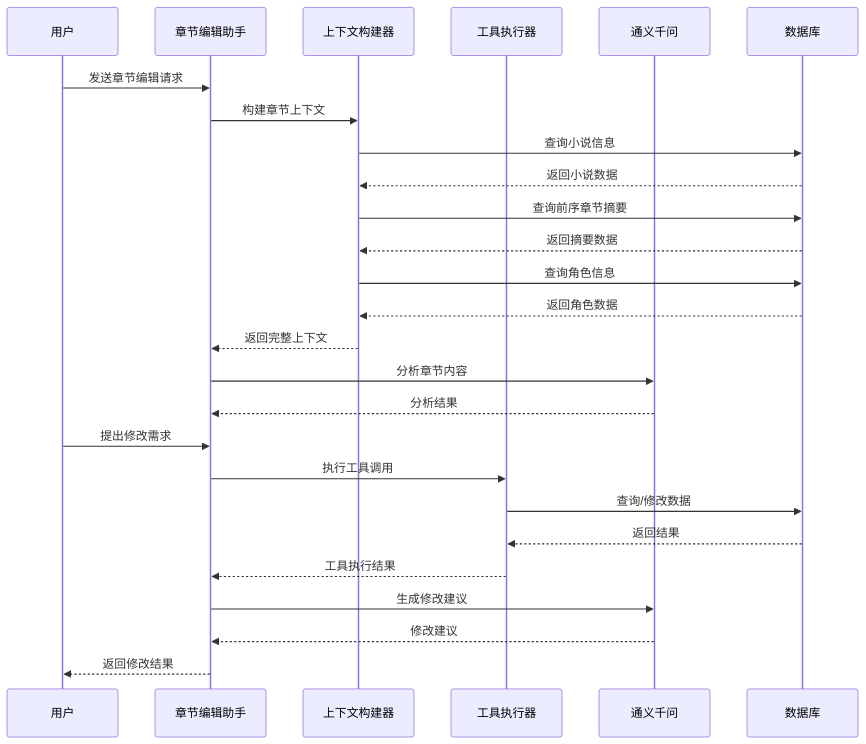
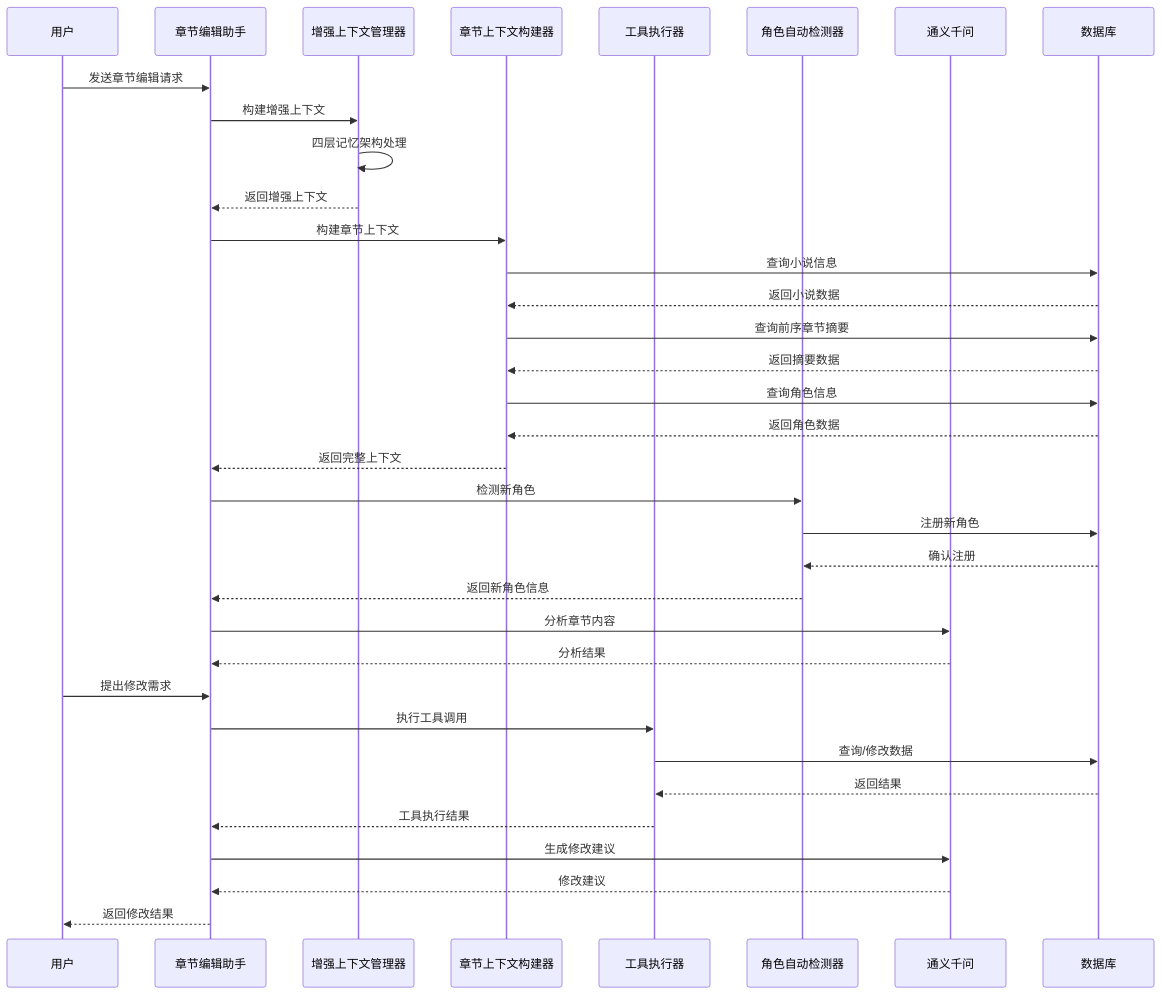
Diagram 33 of 49 in .qoder/repowiki/zh/content/Ai Chat Service.md (xfbyxq/ai-novel-system), drawn with Mermaid before and after one commit. The commit also changed other lines of this file and 8 other files, not shown here.

````diff
--- a/.qoder/repowiki/zh/content/Ai Chat Service.md
+++ b/.qoder/repowiki/zh/content/Ai Chat Service.md
@@ -884,28 +1403,37 @@
 ```mermaid
 sequenceDiagram
 participant User as 用户
 participant Assistant as 章节编辑助手
-participant ContextBuilder as 上下文构建器
+participant EnhancedContextManager as 增强上下文管理器
+participant ChapterContextBuilder as 章节上下文构建器
 participant ToolExecutor as 工具执行器
+participant CharacterAutoDetect as 角色自动检测器
 participant LLM as 通义千问
 participant DB as 数据库
 User->>Assistant : 发送章节编辑请求
-Assistant->>ContextBuilder : 构建章节上下文
-ContextBuilder->>DB : 查询小说信息
-DB-->>ContextBuilder : 返回小说数据
-ContextBuilder->>DB : 查询前序章节摘要
-DB-->>ContextBuilder : 返回摘要数据
-ContextBuilder->>DB : 查询角色信息
-DB-->>ContextBuilder : 返回角色数据
-ContextBuilder-->>Assistant : 返回完整上下文
+Assistant->>EnhancedContextManager : 构建增强上下文
+EnhancedContextManager->>EnhancedContextManager : 四层记忆架构处理
+EnhancedContextManager-->>Assistant : 返回增强上下文
+Assistant->>ChapterContextBuilder : 构建章节上下文
+ChapterContextBuilder->>DB : 查询小说信息
+DB-->>ChapterContextBuilder : 返回小说数据
+ChapterContextBuilder->>DB : 查询前序章节摘要
+DB-->>ChapterContextBuilder : 返回摘要数据
+ChapterContextBuilder->>DB : 查询角色信息
+DB-->>ChapterContextBuilder : 返回角色数据
+ChapterContextBuilder-->>Assistant : 返回完整上下文
+Assistant->>CharacterAutoDetect : 检测新角色
+CharacterAutoDetect->>DB : 注册新角色
+DB-->>CharacterAutoDetect : 确认注册
+CharacterAutoDetect-->>Assistant : 返回新角色信息
 Assistant->>LLM : 分析章节内容
 LLM-->>Assistant : 分析结果
 User->>Assistant : 提出修改需求
 Assistant->>ToolExecutor : 执行工具调用
 ToolExecutor->>DB : 查询/修改数据
 DB-->>ToolExecutor : 返回结果
 ToolExecutor-->>Assistant : 工具执行结果
 Assistant->>LLM : 生成修改建议
 LLM-->>Assistant : 修改建议
 Assistant-->>User : 返回修改结果
 ```
````
